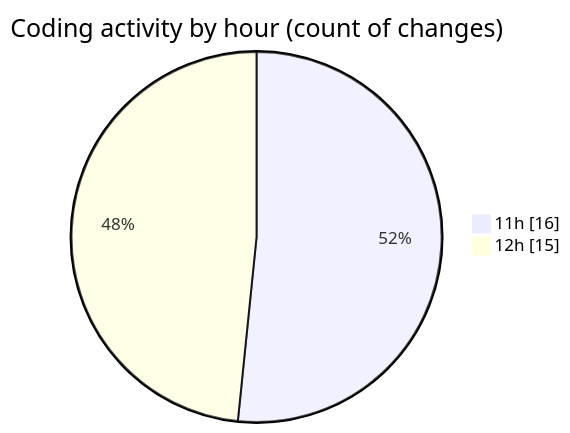
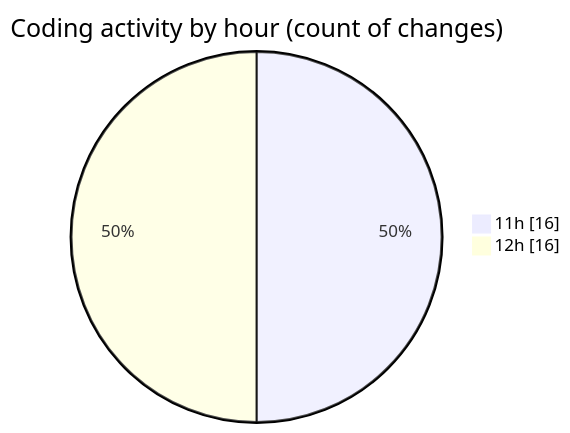
One commit to Elitesun/code-tracking changed the second of 2 diagrams in 2025-04-26/product-page/README.md. Above: the diagram before and after it, drawn with Mermaid. The commit also changed other lines of this file and 1 other file, not shown here.

````diff
--- a/2025-04-26/product-page/README.md
+++ b/2025-04-26/product-page/README.md
@@ -42,6 +42,6 @@
 ```mermaid
 pie showData
 title Coding activity by hour (count of changes)
 "11h" : 16
-"12h" : 15
+"12h" : 16
 ```
````
